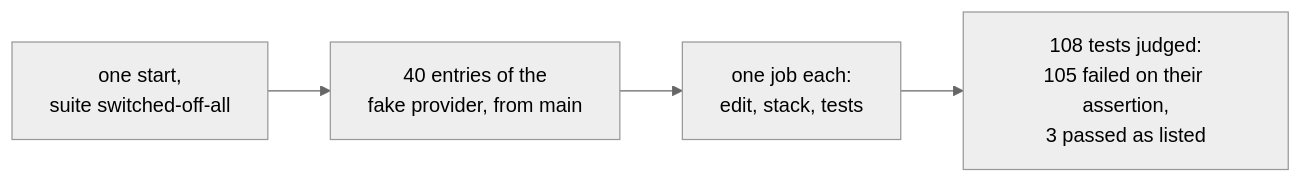
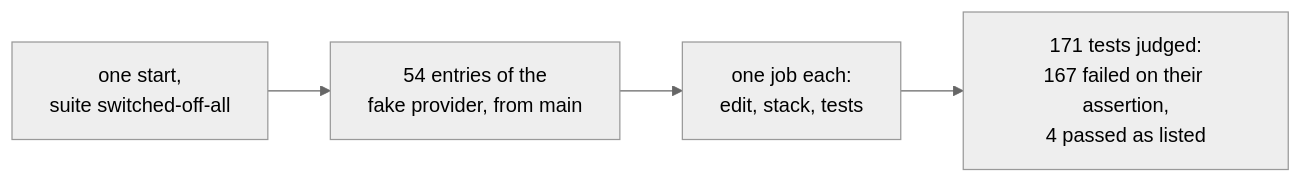
One commit to sindredg/agent-runtime changed the diagram in docs/results/switched-off.md. Above: the diagram before and after it, drawn with Mermaid (neutral theme). The commit also changed other lines of this file and 8 other files, not shown here.

````diff
--- a/docs/results/switched-off.md
+++ b/docs/results/switched-off.md
@@ -17,6 +16,6 @@
 ```mermaid
 flowchart LR
-    S[one start,<br/>suite switched-off-all] --> N[40 entries of the<br/>fake provider, from main]
+    S[one start,<br/>suite switched-off-all] --> N[54 entries of the<br/>fake provider, from main]
     N --> J[one job each:<br/>edit, stack, tests]
-    J --> V[108 tests judged:<br/>105 failed on their assertion,<br/>3 passed as listed]
+    J --> V[171 tests judged:<br/>167 failed on their assertion,<br/>4 passed as listed]
 ```
````
